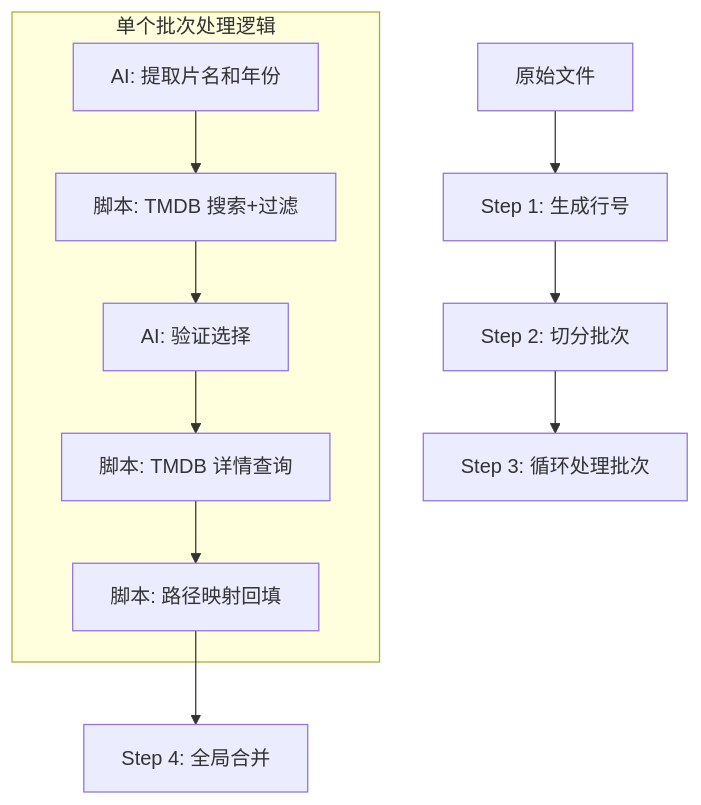
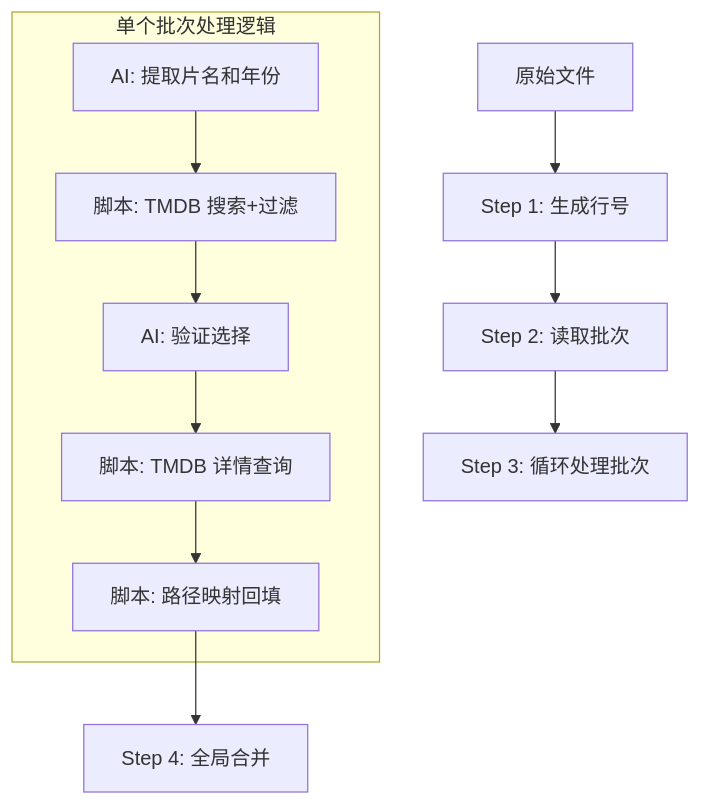
Before and after one commit to zengge96/tmdb-scrape: the diagram in SKILL.md, drawn with Mermaid. The commit also changed other lines of this file, not shown here.

````diff
--- a/SKILL.md
+++ b/SKILL.md
@@ -12,15 +12,15 @@
 ```mermaid
 graph TD
 A[原始文件] --> B[Step 1: 生成行号]
-B --> C[Step 2: 切分批次]
+B --> C[Step 2: 读取批次]
 C --> D[Step 3: 循环处理批次]
 
 subgraph "单个批次处理逻辑"
 D1[AI: 提取片名和年份] --> D2[脚本: TMDB 搜索+过滤]
 D2 --> D3[AI: 验证选择]
 D3 --> D4[脚本: TMDB 详情查询]
 D4 --> D5[脚本: 路径映射回填]
 end
 
 D5 --> E[Step 4: 全局合并]
 ```
````
